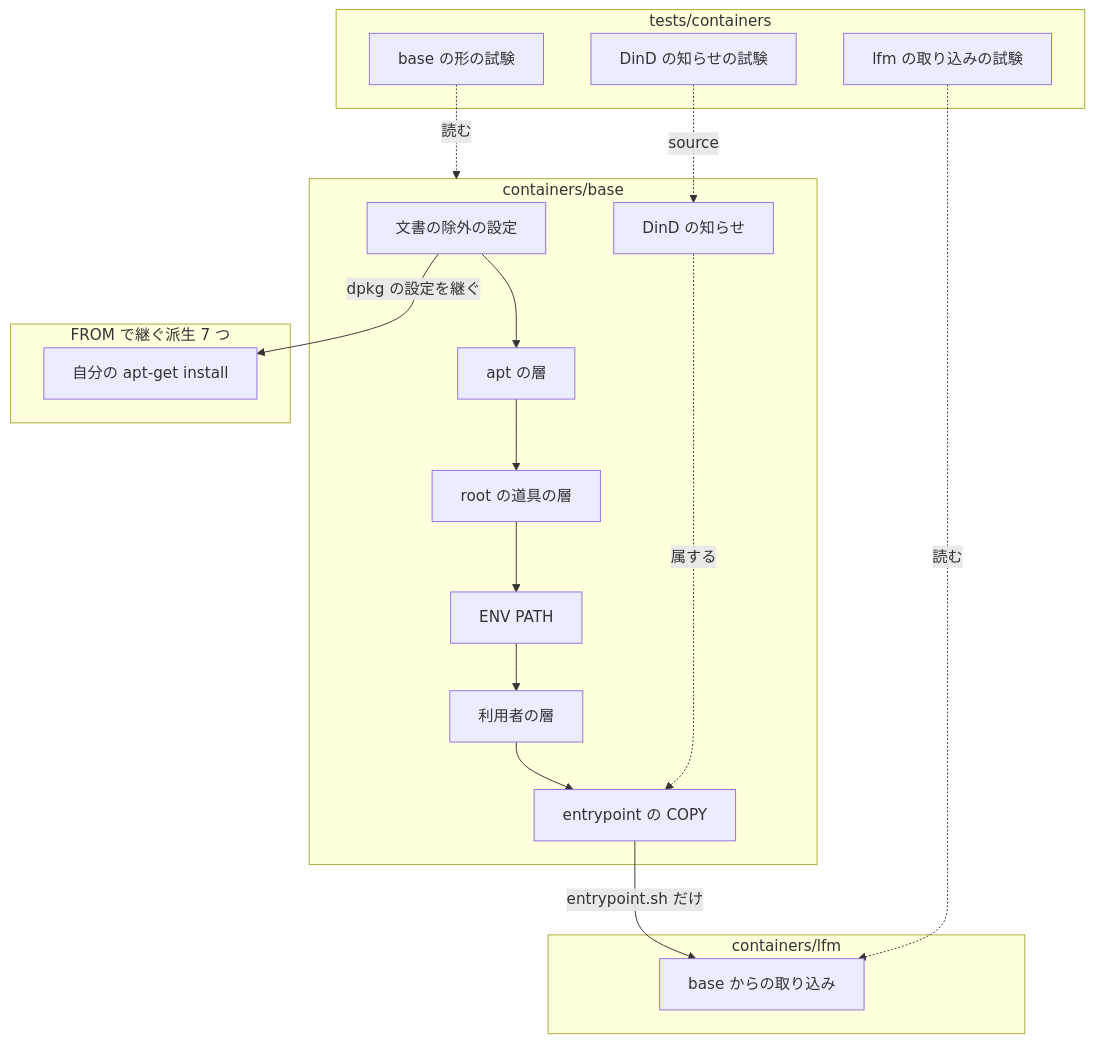
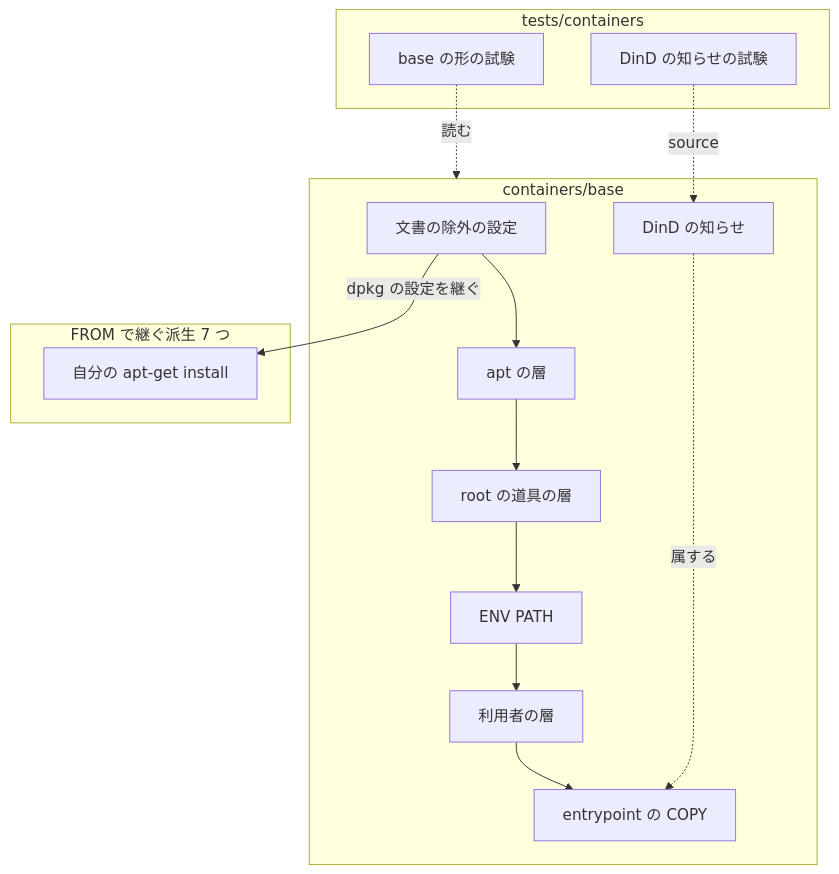
Before and after one commit to devbasex/devbase: the first of 4 diagrams in issues/issue-400-design.md, drawn with Mermaid. The commit also changed other lines of this file and 1 other file, not shown here.

````diff
--- a/issues/issue-400-design.md
+++ b/issues/issue-400-design.md
@@ -121,27 +115,21 @@
 ```mermaid
 graph TD
     subgraph base["containers/base"]
         X[文書の除外の設定] --> A[apt の層]
         A --> R[root の道具の層]
         R --> P[ENV PATH]
         P --> U[利用者の層]
         U --> E[entrypoint の COPY]
         N[DinD の知らせ] -.属する.-> E
     end
     subgraph 派生["FROM で継ぐ派生 7 つ"]
         D[自分の apt-get install]
     end
-    subgraph lfm["containers/lfm"]
-        L[base からの取り込み]
-    end
     subgraph 試験["tests/containers"]
         T1[base の形の試験]
         T2[DinD の知らせの試験]
-        T3[lfm の取り込みの試験]
     end
     X -->|dpkg の設定を継ぐ| D
-    E -->|entrypoint.sh だけ| L
     T1 -.読む.-> base
     T2 -.source.-> N
-    T3 -.読む.-> L
 ```
````
